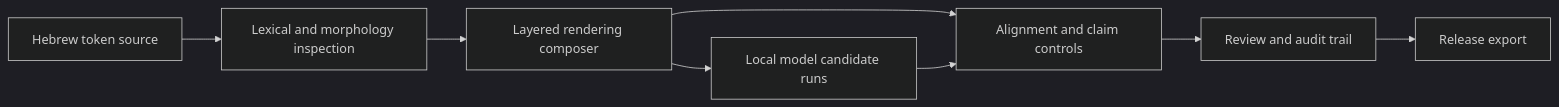
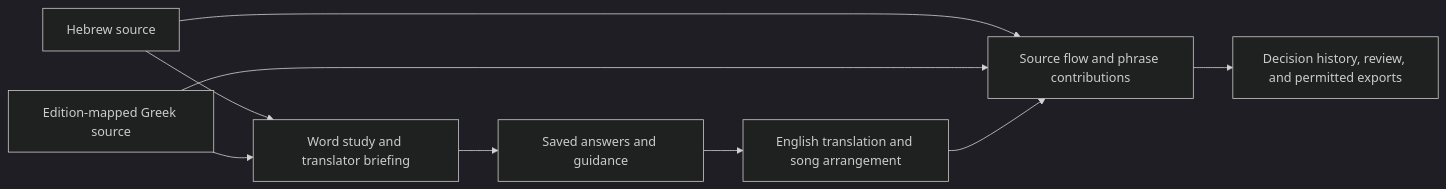
The diagram in README.md (wirelessdreamer/AlephTav), drawn with Mermaid (dark theme) before and after one commit. The commit also changed other lines of this file and 8 other files, not shown here.

````diff
--- a/README.md
+++ b/README.md
@@ -13,10 +11,11 @@
 ```mermaid
 flowchart LR
-  A["Hebrew token source"] --> B["Lexical and morphology inspection"]
-  B --> C["Layered rendering composer"]
-  C --> D["Alignment and claim controls"]
-  D --> E["Review and audit trail"]
-  E --> F["Release export"]
-  C --> G["Local model candidate runs"]
-  G --> D
+  A["Hebrew source"] --> B["Word study and translator briefing"]
+  G["Edition-mapped Greek source"] --> B
+  B --> C["Saved answers and guidance"]
+  C --> D["English translation and song arrangement"]
+  A --> E["Source flow and phrase contributions"]
+  G --> E
+  D --> E
+  E --> F["Decision history, review, and permitted exports"]
 ```
````
